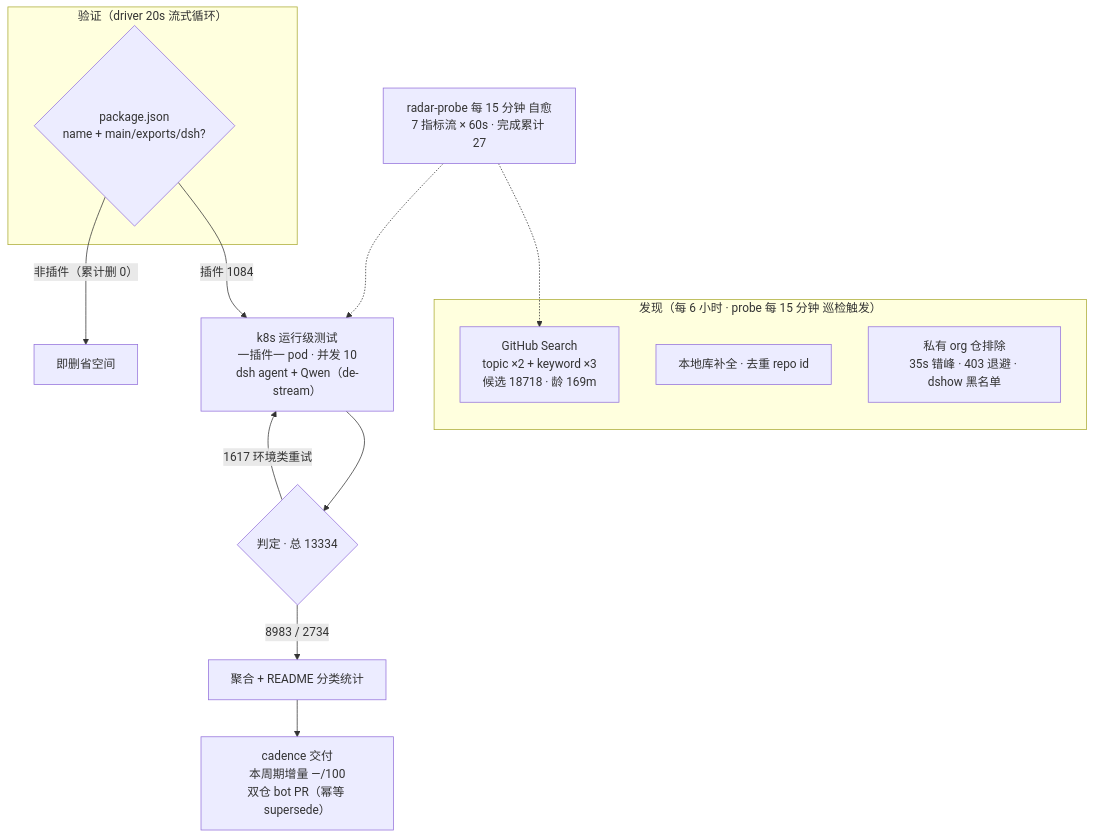
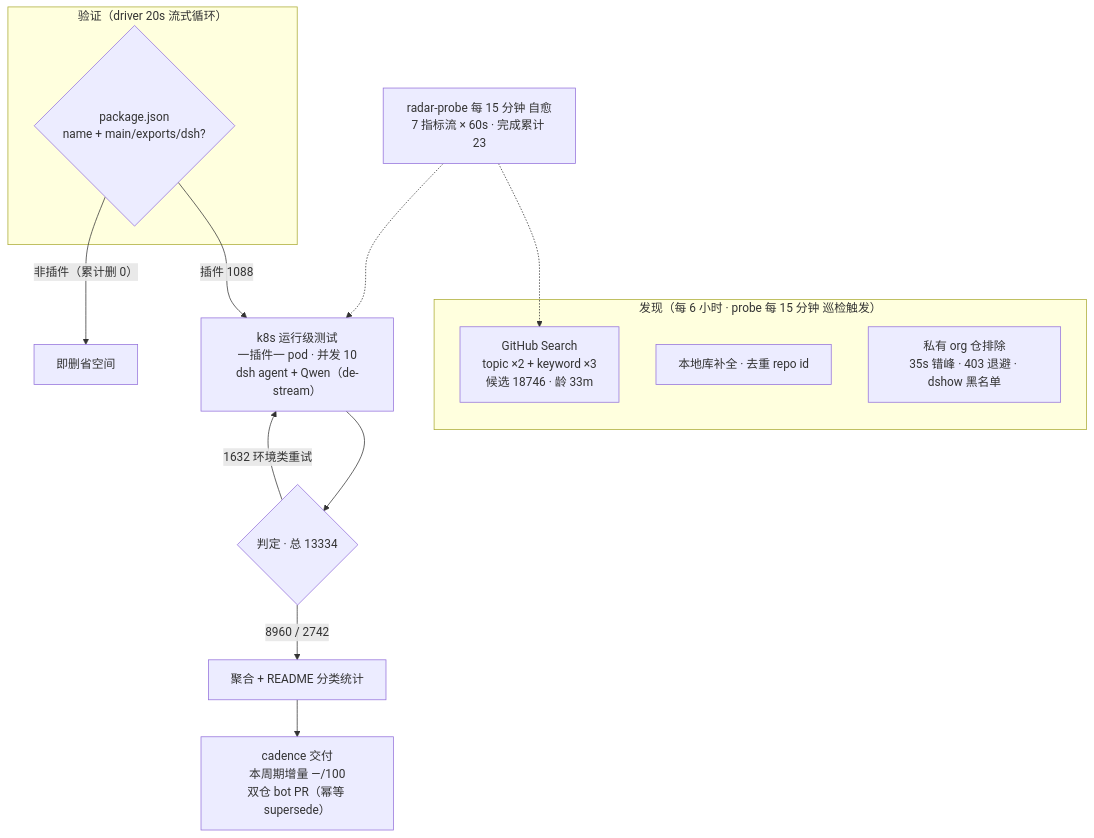
One commit to AdamPlatin123/dsh-plugin-radar changed the diagram in README.md. Above: the diagram before and after it, drawn with Mermaid. The commit also changed other lines of this file and 16 other files, not shown here.

````diff
--- a/README.md
+++ b/README.md
@@ -52,20 +52,20 @@
 ```mermaid
 flowchart TB
     subgraph Discovery["发现（每 6 小时 · probe 每 15 分钟 巡检触发）"]
-        A1["GitHub Search<br/>topic ×2 + keyword ×3<br/>候选 18718 · 龄 169m"]
+        A1["GitHub Search<br/>topic ×2 + keyword ×3<br/>候选 18746 · 龄 33m"]
         A2["本地库补全 · 去重 repo id"]
         A3["私有 org 仓排除<br/>35s 错峰 · 403 退避 · dshow 黑名单"]
     end
     subgraph Validation["验证（driver 20s 流式循环）"]
         B1{"package.json<br/>name + main/exports/dsh?"}
     end
-    B1 -->|"插件 1084"| C1["k8s 运行级测试<br/>一插件一 pod · 并发 10<br/>dsh agent + Qwen（de-stream）"]
+    B1 -->|"插件 1088"| C1["k8s 运行级测试<br/>一插件一 pod · 并发 10<br/>dsh agent + Qwen（de-stream）"]
     B1 -->|"非插件（累计删 0）"| B3["即删省空间"]
     C1 --> D1{"判定 · 总 13334"}
-    D1 -->|"8983 / 2734"| E1["聚合 + README 分类统计"]
-    D1 -->|"1617 环境类重试"| C1
+    D1 -->|"8960 / 2742"| E1["聚合 + README 分类统计"]
+    D1 -->|"1632 环境类重试"| C1
     E1 --> E2["cadence 交付<br/>本周期增量 —/100<br/>双仓 bot PR（幂等 supersede）"]
-    M["radar-probe 每 15 分钟 自愈<br/>7 指标流 × 60s · 完成累计 27"]
+    M["radar-probe 每 15 分钟 自愈<br/>7 指标流 × 60s · 完成累计 23"]
     M -.-> A1
     M -.-> C1
 ```
````
